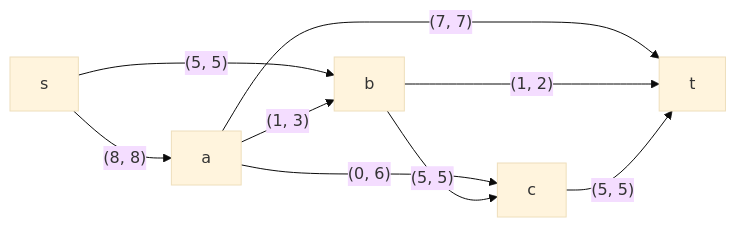
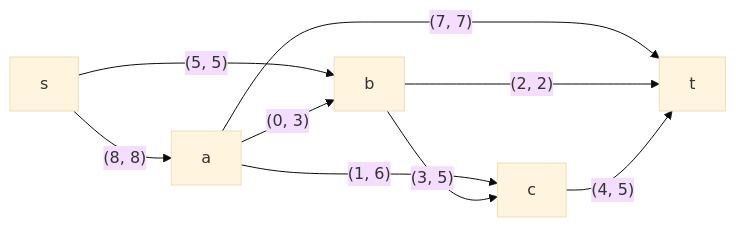
The eighth of 9 diagrams in task-9/goidaz.md (hse-algo-24-crow/manual-tasks-crow), drawn with Mermaid (base theme) before and after one commit. The commit also changed other lines of this file, not shown here.

```diff
--- a/task-9/goidaz.md
+++ b/task-9/goidaz.md
@@ -222,12 +197,11 @@
 ~~~mermaid
-
 graph LR
     s-->|"(8, 8)"|a
     s-->|"(5, 5)"|b
     a-->|"(7, 7)"|t
-    a-->|"(1, 3)"|b
-    a-->|"(0, 6)"|c
-    b-->|"(5, 5)"|c
-    b-->|"(1, 2)"|t
-    c-->|"(5, 5)"|t
+    a-->|"(0, 3)"|b
+    a-->|"(1, 6)"|c
+    b-->|"(3, 5)"|c
+    b-->|"(2, 2)"|t
+    c-->|"(4, 5)"|t
 ~~~
```
